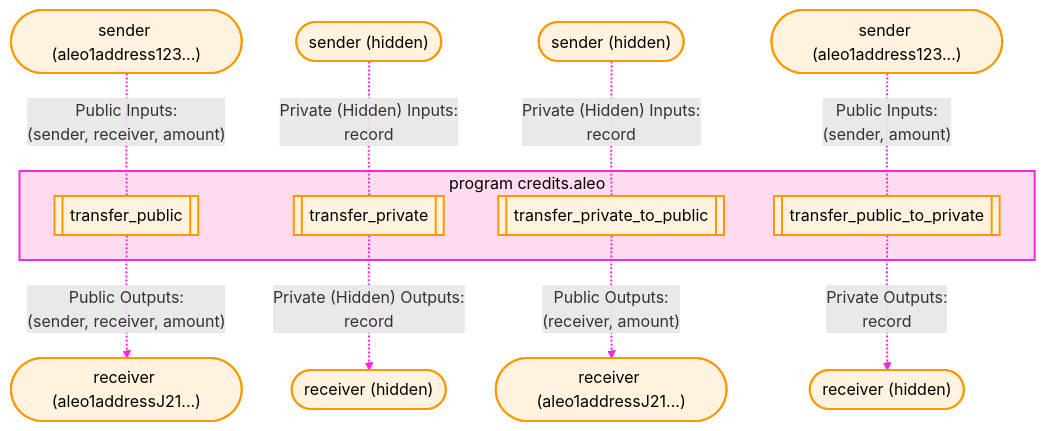
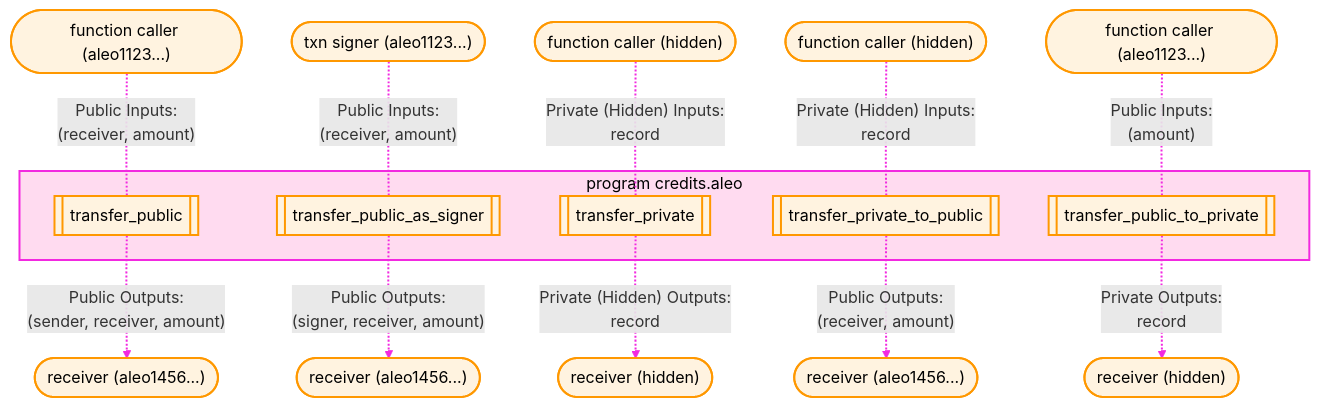
The first of 6 diagrams in documentation/concepts/fundamentals/08_transfers.md (AleoNet/welcome), drawn with Mermaid before and after one commit. The commit also changed other lines of this file and 1 other file, not shown here.

````diff
--- a/documentation/concepts/fundamentals/08_transfers.md
+++ b/documentation/concepts/fundamentals/08_transfers.md
@@ -20,25 +23,29 @@
 ```mermaid
 graph
     subgraph credits["program credits.aleo"]
         transfer_public[["transfer_public"]]
+        transfer_public_as_signer[["transfer_public_as_signer"]]
         transfer_private[["transfer_private"]]
         transfer_private_to_public[["transfer_private_to_public"]]
         transfer_public_to_private[["transfer_public_to_private"]]
     end
-    sender1(["sender (aleo1address123...)"])-."Public Inputs:
-    (sender, receiver, amount)".-transfer_public-."Public Outputs:
-    (sender, receiver, amount)".->receiver1(["receiver (aleo1addressJ21...)"])
-    sender2(["sender (hidden)"])-."Private (Hidden) Inputs:
+    sender1(["function caller (aleo1123...)"])-."Public Inputs:
+    (receiver, amount)".-transfer_public-."Public Outputs:
+    (sender, receiver, amount)".->receiver1(["receiver (aleo1456...)"])
+    sender1a(["txn signer (aleo1123...)"])-."Public Inputs:
+    (receiver, amount)".-transfer_public_as_signer-."Public Outputs:
+    (signer, receiver, amount)".->receiver1a(["receiver (aleo1456...)"])
+    sender2(["function caller (hidden)"])-."Private (Hidden) Inputs:
     record".-transfer_private-."Private (Hidden)  Outputs:
     record".->receiver2(["receiver (hidden)"])
-    sender3(["sender (hidden)"])-."Private (Hidden) Inputs:
+    sender3(["function caller (hidden)"])-."Private (Hidden) Inputs:
     record".-transfer_private_to_public-."Public Outputs:
-    (receiver, amount)".->receiver3(["receiver (aleo1addressJ21...)"])
-    sender4(["sender (aleo1address123...)"])-."Public Inputs:
-    (sender, amount)".-transfer_public_to_private-."Private Outputs:
+    (receiver, amount)".->receiver3(["receiver (aleo1456...)"])
+    sender4(["function caller (aleo1123...)"])-."Public Inputs:
+    (amount)".-transfer_public_to_private-."Private Outputs:
     record".->receiver4(["receiver (hidden)"])
 
 classDef default fill:#fff3e0,stroke:#ff9800,stroke-width:2px,color:#000;
 style credits fill:#ffdbf0,stroke:#f229e0,stroke-width:2px,color:#000;
 linkStyle default stroke:#f229e0,stroke-width:2px;
 ```
````
